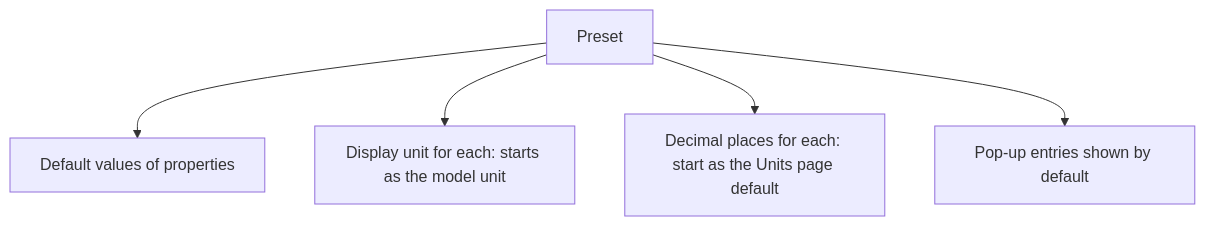
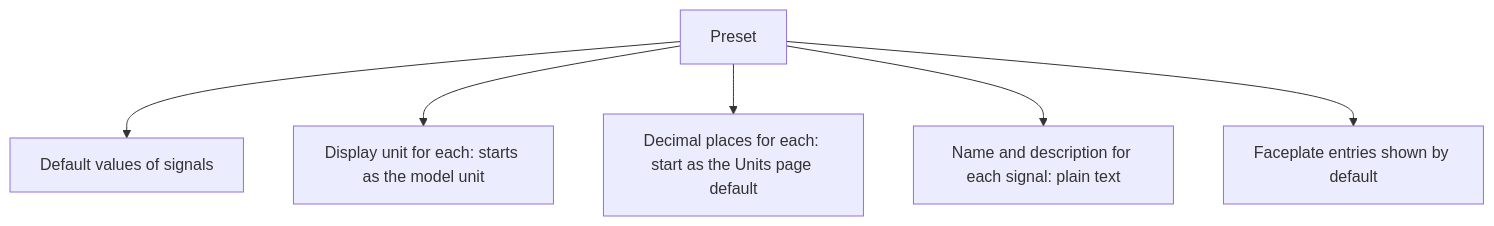
The second of 2 diagrams in metadata/09-presets.md (AlexandreGallais/synoptic-studio-spec), drawn with Mermaid before and after one commit. The commit also changed other lines of this file and 18 other files, not shown here.

````diff
--- a/metadata/09-presets.md
+++ b/metadata/09-presets.md
@@ -35,7 +36,8 @@
 ```mermaid
 flowchart TD
-    R[Preset] --> D[Default values of properties]
+    R[Preset] --> D[Default values of signals]
     R --> U[Display unit for each: starts as the model unit]
     R --> N[Decimal places for each: start as the Units page default]
-    R --> V[Pop-up entries shown by default]
+    R --> L[Name and description for each signal: plain text]
+    R --> V[Faceplate entries shown by default]
 ```
````
